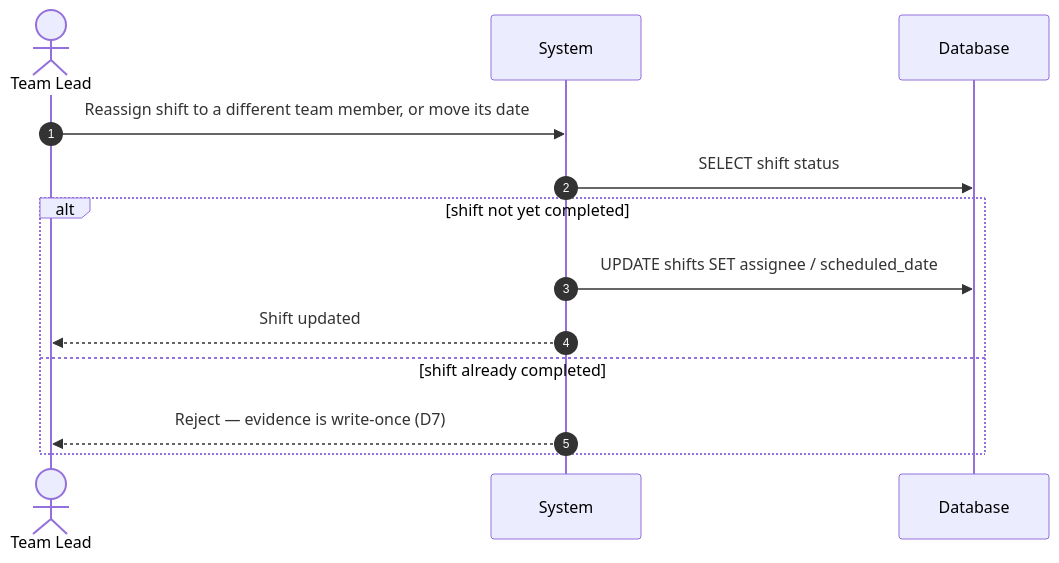
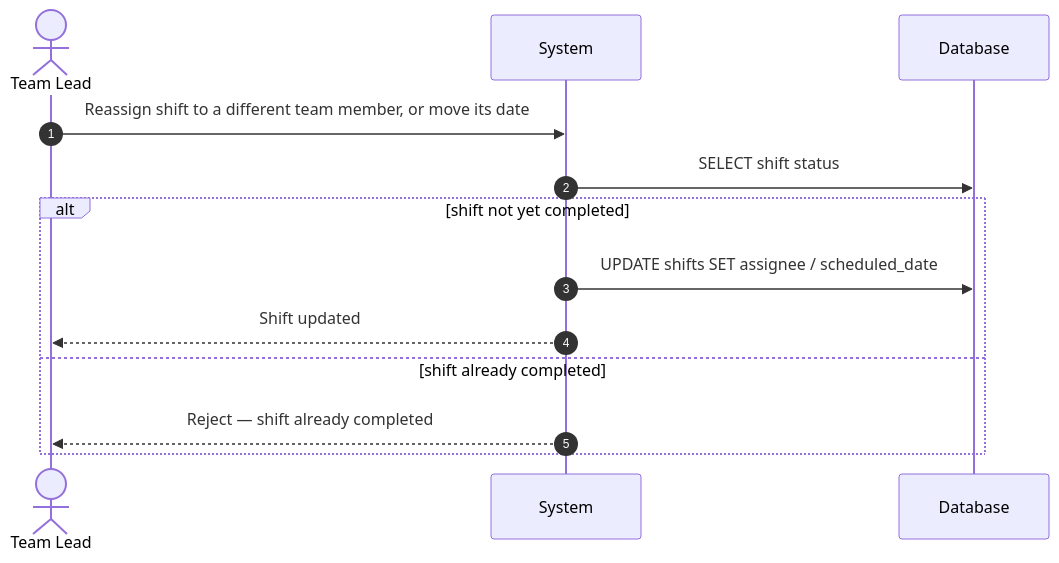
One commit to dDxCg/contrack changed the tenth of 12 diagrams in docs/08-sequence-diagram.md. Above: the diagram before and after it, drawn with Mermaid. The commit also changed other lines of this file and 40 other files, not shown here.

````diff
--- a/docs/08-sequence-diagram.md
+++ b/docs/08-sequence-diagram.md
@@ -176,16 +240,16 @@
 ```mermaid
 sequenceDiagram
     autonumber
     actor TeamLead as Team Lead
     participant System
     participant DB as Database
 
     TeamLead->>System: Reassign shift to a different team member, or move its date
     System->>DB: SELECT shift status
     alt shift not yet completed
         System->>DB: UPDATE shifts SET assignee / scheduled_date
         System-->>TeamLead: Shift updated
     else shift already completed
-        System-->>TeamLead: Reject — evidence is write-once (D7)
+        System-->>TeamLead: Reject — shift already completed
     end
 ```
````
